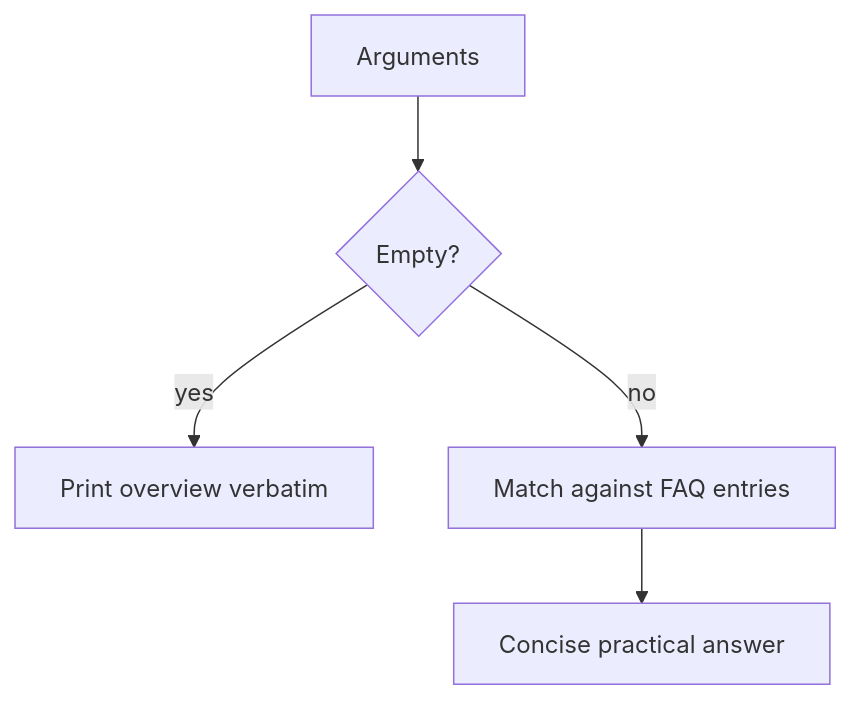
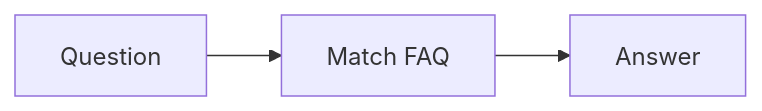
One commit to marcoskichel/elevator-pitch-skill changed the sixth of 7 diagrams in plugins/empire-git/README.md. Above: the diagram before and after it, drawn with Mermaid. The commit also changed other lines of this file and 5 other files, not shown here.

First line of the commit message:
docs: simplify per-skill diagrams to horizontal high-level flow

````diff
--- a/plugins/empire-git/README.md
+++ b/plugins/empire-git/README.md
@@ -143,7 +114,5 @@
 ```mermaid
-flowchart TD
-  args[Arguments] --> empty{Empty?}
-  empty -- yes --> overview[Print overview verbatim]
-  empty -- no --> match[Match against FAQ entries]
-  match --> answer[Concise practical answer]
+flowchart LR
+  question[Question] --> match[Match FAQ]
+  match --> answer[Answer]
 ```
````
